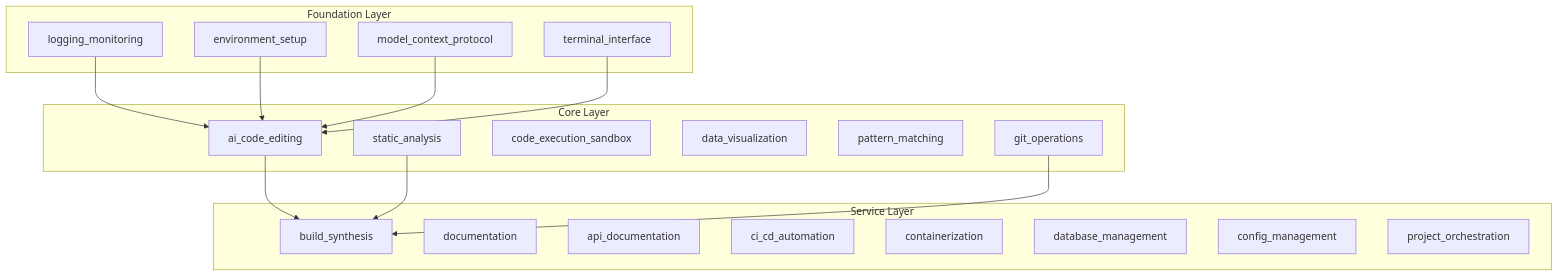
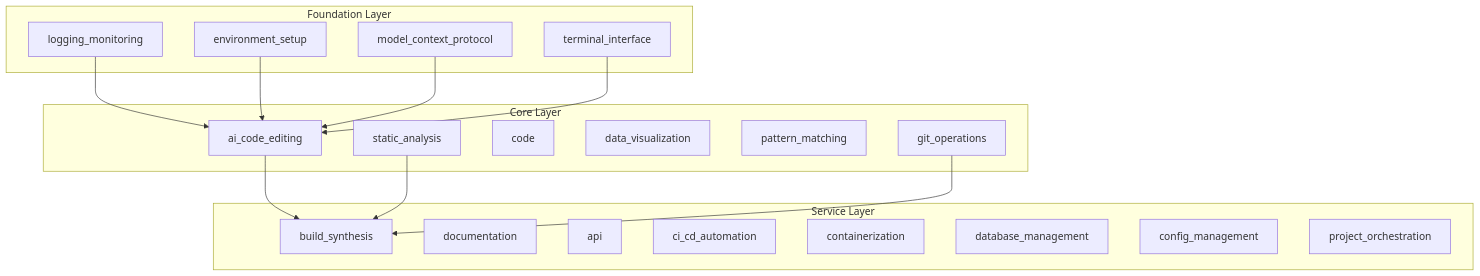
One commit to docxology/codomyrmex changed the diagram in src/codomyrmex/SPEC.md. Above: the diagram before and after it, drawn with Mermaid. The commit also changed other lines of this file and 1922 other files, not shown here.

````diff
--- a/src/codomyrmex/SPEC.md
+++ b/src/codomyrmex/SPEC.md
@@ -49,37 +49,37 @@
 ```mermaid
 graph TD
     subgraph "Foundation Layer"
         Logging[logging_monitoring]
         Env[environment_setup]
         MCP[model_context_protocol]
         Terminal[terminal_interface]
     end
 
     subgraph "Core Layer"
         AI[ai_code_editing]
         Static[static_analysis]
-        Exec[code_execution_sandbox]
+        Code[code]
         Viz[data_visualization]
         Pattern[pattern_matching]
         Git[git_operations]
     end
 
     subgraph "Service Layer"
         Build[build_synthesis]
         Docs[documentation]
-        API[api_documentation]
+        API[api]
         CICD[ci_cd_automation]
         Container[containerization]
         DB[database_management]
         Config[config_management]
         Orchestration[project_orchestration]
     end
 
     Logging --> AI
     Env --> AI
     MCP --> AI
     Terminal --> AI
     AI --> Build
     Static --> Build
     Git --> Build
 ```
````
